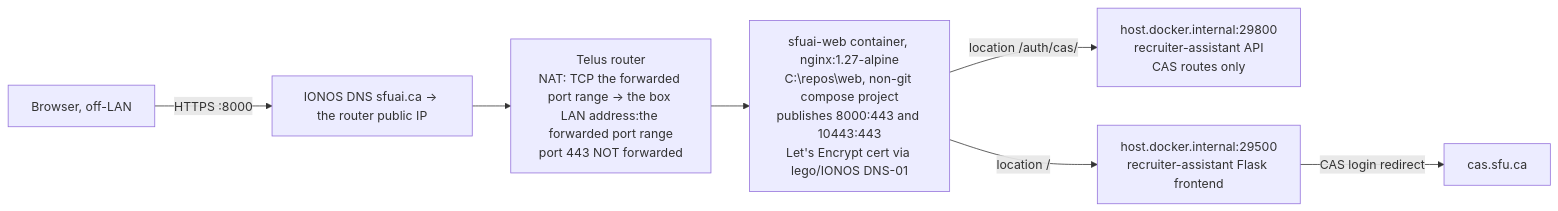
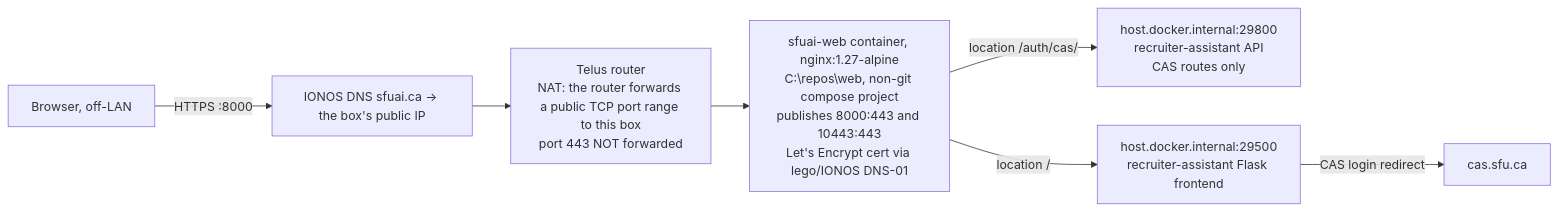
One commit to humanaxiom/recruiter-assistant changed the diagram in docs/deploy/sfuai-ca.md. Above: the diagram before and after it, drawn with Mermaid. The commit also changed other lines of this file and 6 other files, not shown here.

````diff
--- a/docs/deploy/sfuai-ca.md
+++ b/docs/deploy/sfuai-ca.md
@@ -8,9 +8,9 @@
 ```mermaid
 flowchart LR
-    U[Browser, off-LAN] -- HTTPS :8000 --> DNS[IONOS DNS sfuai.ca -> the router public IP]
-    DNS --> R[Telus router<br/>NAT: TCP the forwarded port range -> the box LAN address:the forwarded port range<br/>port 443 NOT forwarded]
+    U[Browser, off-LAN] -- HTTPS :8000 --> DNS[IONOS DNS sfuai.ca -> the box's public IP]
+    DNS --> R[Telus router<br/>NAT: the router forwards a public TCP port range to this box<br/>port 443 NOT forwarded]
     R --> N[sfuai-web container, nginx:1.27-alpine<br/>C:\repos\web, non-git compose project<br/>publishes 8000:443 and 10443:443<br/>Let's Encrypt cert via lego/IONOS DNS-01]
     N -- "location /auth/cas/" --> API[host.docker.internal:29800<br/>recruiter-assistant API<br/>CAS routes only]
     N -- "location /" --> FE[host.docker.internal:29500<br/>recruiter-assistant Flask frontend]
     FE -- CAS login redirect --> CAS[cas.sfu.ca]
 ```
````
